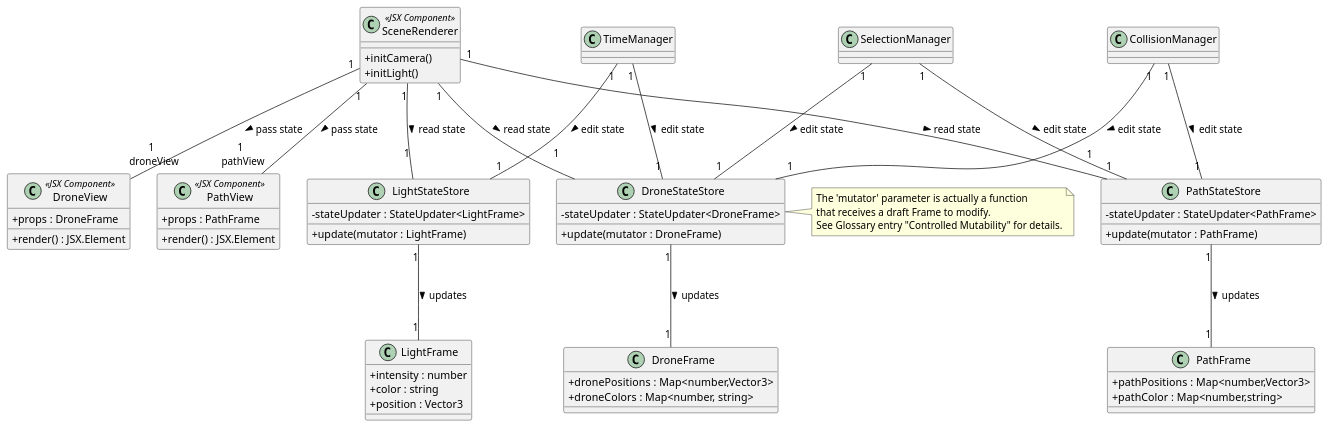
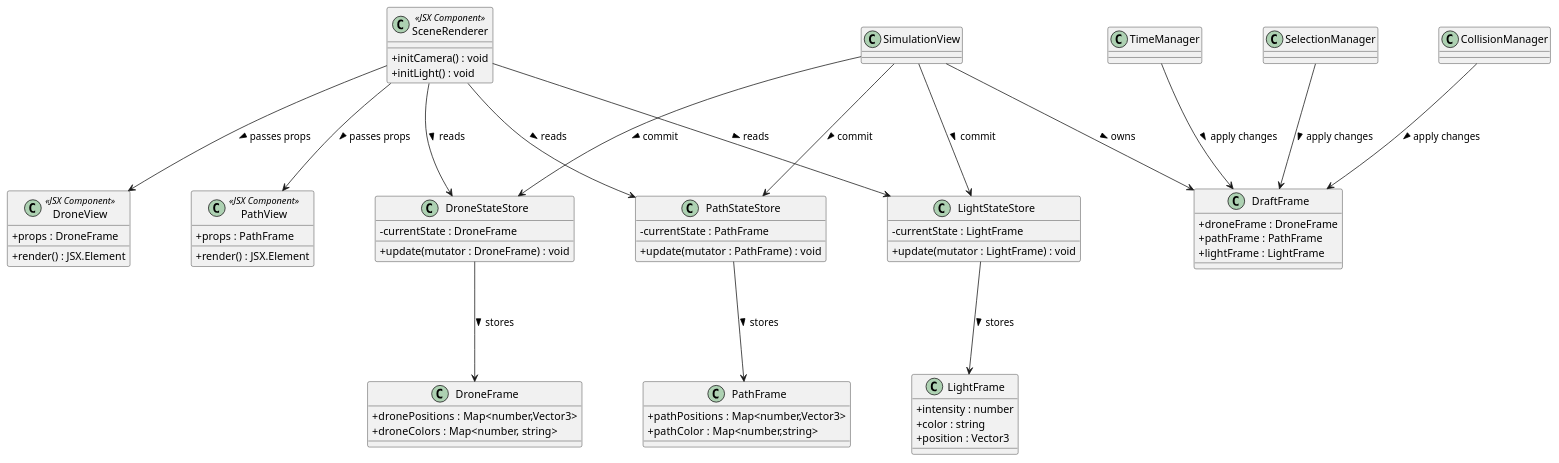
Before and after one commit to nojusbarth/OFC: the diagram in diagrams/pipelineInteractions.puml, drawn with PlantUML. The commit also changed 28 other files, not shown here.

Commit message:
final diagram

```diff
--- a/diagrams/pipelineInteractions.puml
+++ b/diagrams/pipelineInteractions.puml
@@ -1,116 +1,129 @@
 @startuml name Rendering Pipeline Interaction (Controlled Mutability)
 
 ' =====================================================
 ' Rendering Pipeline & JSX Interaction
-' React- and Architecture-correct
+' Controlled Mutability – Architecture Correct
 ' =====================================================
 
 skinparam classAttributeIconSize 0
-skinparam ranksep 100
+skinparam ranksep 120
+skinparam nodesep 80
 
 ' -----------------------------------------------------
 ' Scene Renderer (JSX)
 ' -----------------------------------------------------
 class SceneRenderer <<JSX Component>> {
-
-  + initCamera()
-  + initLight()
+  + initCamera() : void
+  + initLight() : void
 }
 
 ' -----------------------------------------------------
 ' JSX Render Objects
 ' -----------------------------------------------------
-class DroneView <<JSX Component>> {
-  + props : DroneFrame
-  + render() : JSX.Element
-}
+together {
+  class DroneView <<JSX Component>> {
+    + props : DroneFrame
+    + render() : JSX.Element
+  }
 
-class PathView <<JSX Component>> {
-  + props : PathFrame
-  + render() : JSX.Element
+  class PathView <<JSX Component>> {
+    + props : PathFrame
+    + render() : JSX.Element
+  }
 }
 
 ' -----------------------------------------------------
-' State Stores (Render-relevant state)
+' State Stores (React-controlled render state)
 ' -----------------------------------------------------
-class DroneStateStore {
-  - stateUpdater : StateUpdater<DroneFrame>
-  + update(mutator : DroneFrame)
-}
-'
-'  In short: Instead of Set, Get State one Function with
-'  mutable object type
-'
-note right of DroneStateStore
-  The 'mutator' parameter is actually a function
-  that receives a draft Frame to modify.
-  See Glossary entry "Controlled Mutability" for details.
-end note
+together {
+  class DroneStateStore {
+    - currentState : DroneFrame
+    + update(mutator : DroneFrame) : void
+  }
 
-class PathStateStore {
-- stateUpdater : StateUpdater<PathFrame>  
-+ update(mutator : PathFrame)
-}
+  class PathStateStore {
+    - currentState : PathFrame
+    + update(mutator : PathFrame) : void
+  }
 
-class LightStateStore {
-  - stateUpdater : StateUpdater<LightFrame>
-  + update(mutator : LightFrame)
+  class LightStateStore {
+    - currentState : LightFrame
+    + update(mutator : LightFrame) : void
+  }
 }
 
 ' -----------------------------------------------------
-' Encapsulated Frames
+' Draft Frame (Controlled Mutability)
 ' -----------------------------------------------------
-
-class DroneFrame {
-  + dronePositions : Map<number,Vector3>
-  + droneColors : Map<number, string>
+class DraftFrame {
+  + droneFrame : DroneFrame
+  + pathFrame : PathFrame
+  + lightFrame : LightFrame
 }
 
-class PathFrame {
-  + pathPositions : Map<number,Vector3>
-  + pathColor : Map<number,string>
-}
 
-class LightFrame {
-  + intensity : number
-  + color : string
-  + position : Vector3
+' -----------------------------------------------------
+' Encapsulated Frames (Immutable per commit)
+' -----------------------------------------------------
+together {
+  class DroneFrame {
+    + dronePositions : Map<number,Vector3>
+    + droneColors : Map<number, string>
+  }
+
+  class PathFrame {
+    + pathPositions : Map<number,Vector3>
+    + pathColor : Map<number,string>
+  }
+
+  class LightFrame {
+    + intensity : number
+    + color : string
+    + position : Vector3
+  }
 }
 
 ' -----------------------------------------------------
 ' Subsystems (Logic only, no rendering)
 ' -----------------------------------------------------
-class TimeManager
-class SelectionManager
-class CollisionManager
+together {
+  class TimeManager
+  class SelectionManager
+  class CollisionManager
+}
 
 ' -----------------------------------------------------
-' Subsystems modify STATE (not JSX)
+' Subsystems modify DraftFrame (not JSX, not State)
 ' -----------------------------------------------------
-TimeManager "1"-- "1" DroneStateStore : edit state >
-SelectionManager "1"-- "1" DroneStateStore : edit state >
-CollisionManager "1"-- "1" DroneStateStore : edit state >
-
-SelectionManager "1" -- "1" PathStateStore : edit state >
-CollisionManager "1" -- "1" PathStateStore : edit state >
-TimeManager "1" -- "1" LightStateStore : edit state >
+TimeManager --> DraftFrame : apply changes >
+SelectionManager --> DraftFrame : apply changes >
+CollisionManager --> DraftFrame : apply changes >
 
 ' -----------------------------------------------------
-' SceneRenderer reads state and passes props
+' SimulationView owns pipeline & commits state
 ' -----------------------------------------------------
-SceneRenderer "1" -- "1 \n" DroneStateStore : read state >
-SceneRenderer "1" -- "1 \n" PathStateStore : read state >
-SceneRenderer "1" -- "1 \n" LightStateStore : read state >
+class SimulationView
 
-SceneRenderer "1" -- "1 \n droneView" DroneView : pass state >
-SceneRenderer "1" -- "1 \n pathView" PathView : pass state >
+SimulationView --> DraftFrame : owns >
+SimulationView --> DroneStateStore : commit >
+SimulationView --> PathStateStore : commit >
+SimulationView --> LightStateStore : commit >
 
 ' -----------------------------------------------------
-' State Stores update data
+' SceneRenderer reads state and renders JSX
 ' -----------------------------------------------------
+SceneRenderer --> DroneStateStore : reads >
+SceneRenderer --> PathStateStore : reads >
+SceneRenderer --> LightStateStore : reads >
 
-DroneStateStore "1" -- "1" DroneFrame : updates > 
-PathStateStore "1" -- "1" PathFrame : updates >
-LightStateStore "1" -- "1" LightFrame : updates >
+SceneRenderer --> DroneView : passes props >
+SceneRenderer --> PathView : passes props >
+
+' -----------------------------------------------------
+' Stores hold last committed frames
+' -----------------------------------------------------
+DroneStateStore --> DroneFrame : stores >
+PathStateStore --> PathFrame : stores >
+LightStateStore --> LightFrame : stores >
 
 @enduml
```
